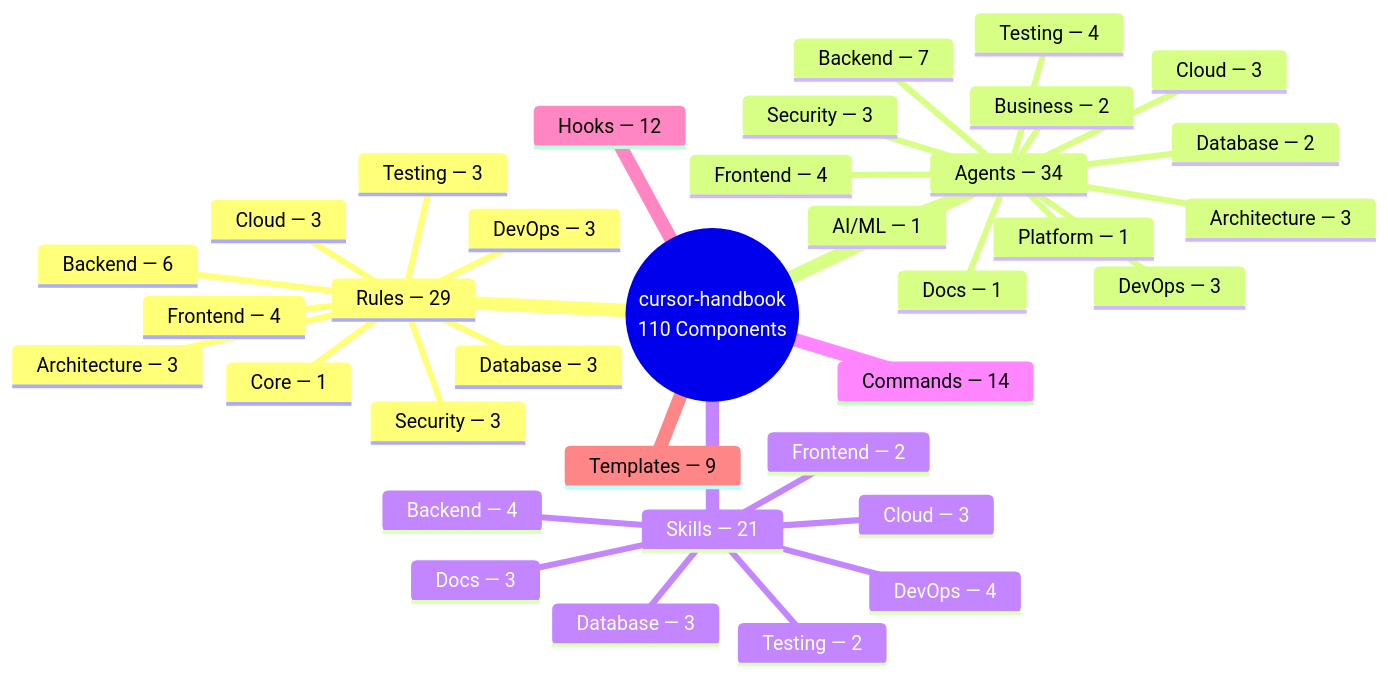
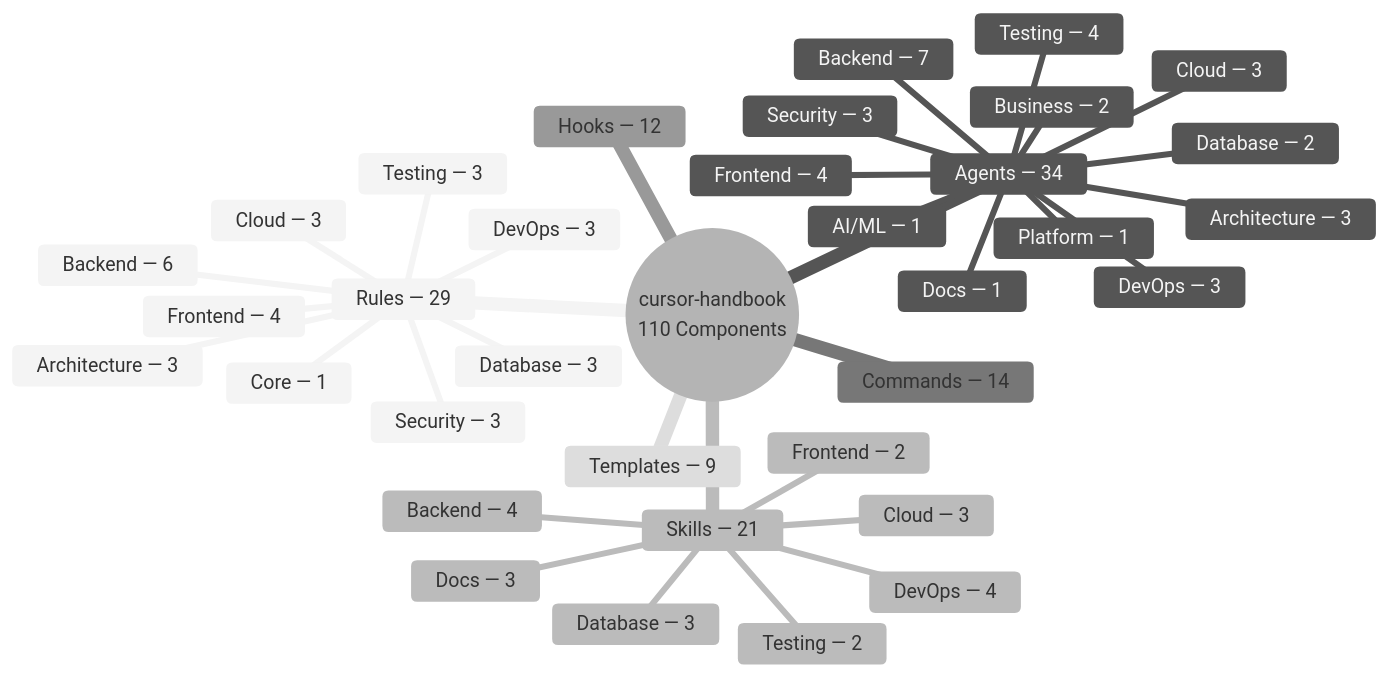
The second of 11 diagrams in README.md (girijashankarj/cursor-handbook), drawn with Mermaid before and after one commit. The commit also changed other lines of this file and 4 other files, not shown here.

First line of the commit message:
chore: remove architecture-flow and one-line-install images

````diff
--- a/README.md
+++ b/README.md
@@ -157,38 +153,39 @@
 ```mermaid
+%%{init: {'theme': 'neutral'}}%%
 mindmap
   root((cursor-handbook<br/>110 Components))
     Rules — 29
       Architecture — 3
       Backend — 6
       Frontend — 4
       Security — 3
       Database — 3
       Cloud — 3
       Testing — 3
       DevOps — 3
       Core — 1
     Agents — 34
       Architecture — 3
       Backend — 7
       Frontend — 4
       Testing — 4
       Database — 2
       Security — 3
       Cloud — 3
       DevOps — 3
       Business — 2
       AI/ML — 1
       Docs — 1
       Platform — 1
     Skills — 21
       Backend — 4
       Frontend — 2
       Testing — 2
       Database — 3
       Cloud — 3
       DevOps — 4
       Docs — 3
     Commands — 14
     Hooks — 12
     Templates — 9
 ```
````
